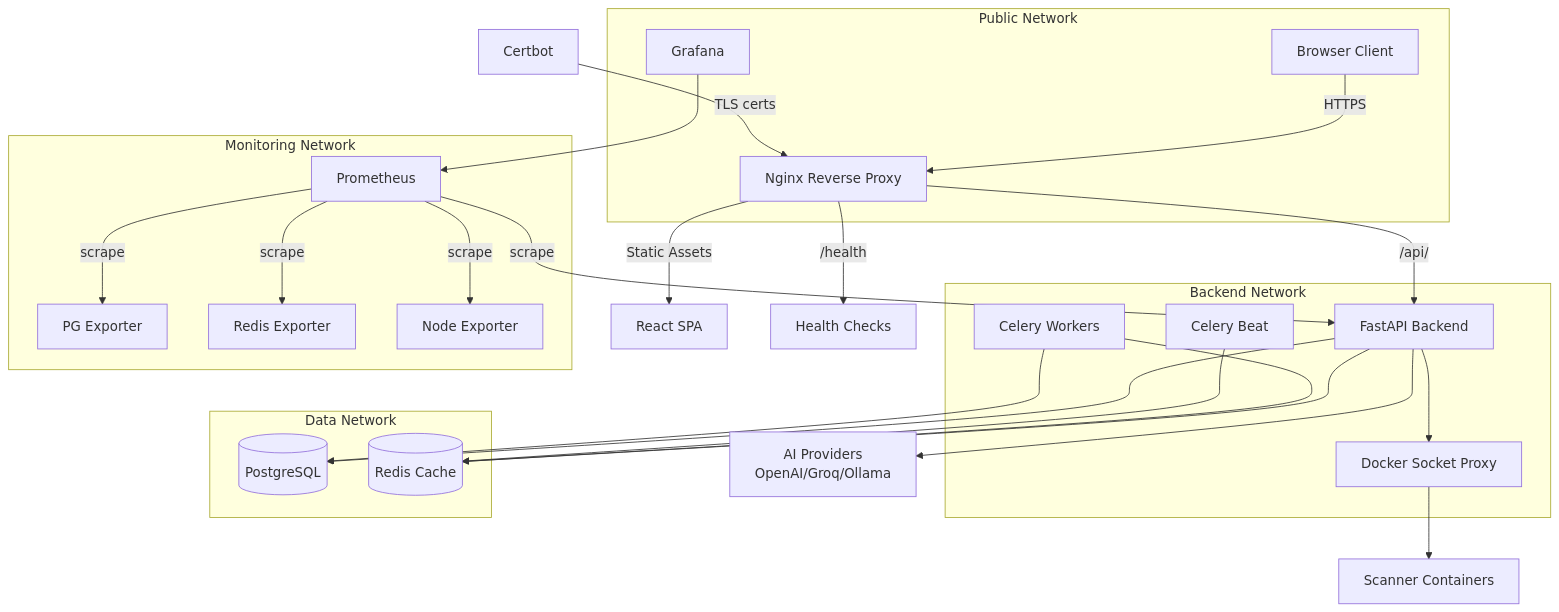
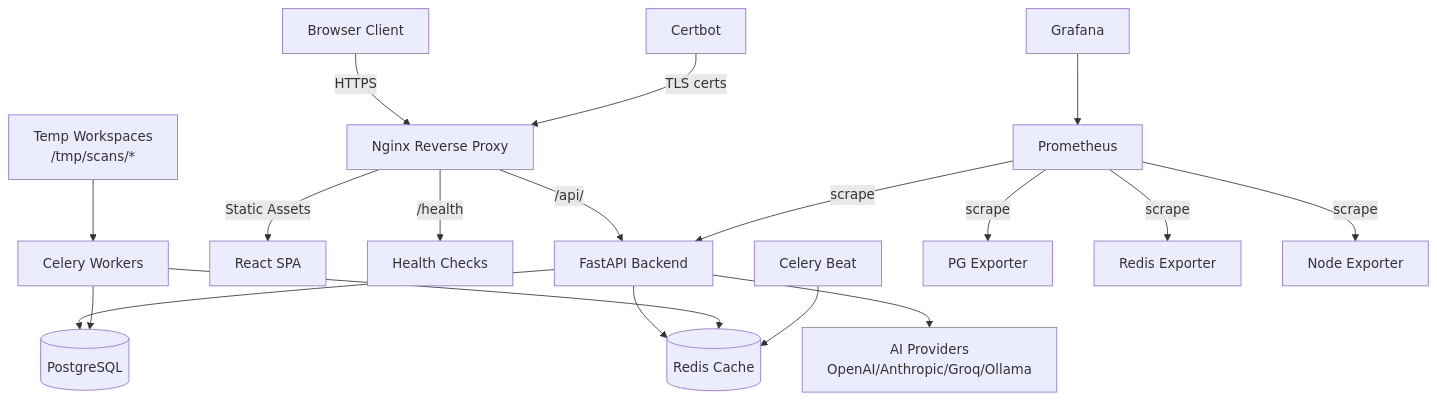
Before and after one commit to ZainAnsari0/CodeGuard-AI: the diagram in DEPLOYMENT.md, drawn with Mermaid. The commit also changed other lines of this file and 185 other files, not shown here.

````diff
--- a/DEPLOYMENT.md
+++ b/DEPLOYMENT.md
@@ -5,51 +5,25 @@
 ```mermaid
 graph TB
     Client[Browser Client] -->|HTTPS| Nginx[Nginx Reverse Proxy]
     Nginx -->|/api/| API[FastAPI Backend]
     Nginx -->|Static Assets| SPA[React SPA]
     Nginx -->|/health| HC[Health Checks]
     
     API --> PG[(PostgreSQL)]
     API --> Redis[(Redis Cache)]
-    API --> Docker[Docker Socket Proxy]
-    API --> AI[AI Providers<br/>OpenAI/Groq/Ollama]
+    API --> AI[AI Providers<br/>OpenAI/Anthropic/Groq/Ollama]
     
     Celery[Celery Workers] --> PG
     Celery --> Redis
     Beat[Celery Beat] --> Redis
     
-    Docker --> Scanner[Scanner Containers]
+    WS[Temp Workspaces<br/>/tmp/scans/*] --> Celery
     
     Prom[Prometheus] -->|scrape| API
     Prom -->|scrape| PGExp[PG Exporter]
     Prom -->|scrape| RedisExp[Redis Exporter]
     Prom -->|scrape| NodeExp[Node Exporter]
     Grafana[Grafana] --> Prom
     
     Certbot[Certbot] -->|TLS certs| Nginx
-    
-    subgraph Public Network
-        Client
-        Nginx
-        Grafana
-    end
-    
-    subgraph Backend Network
-        API
-        Celery
-        Beat
-        Docker
-    end
-    
-    subgraph Data Network
-        PG
-        Redis
-    end
-    
-    subgraph Monitoring Network
-        Prom
-        PGExp
-        RedisExp
-        NodeExp
-    end
 ```
````
